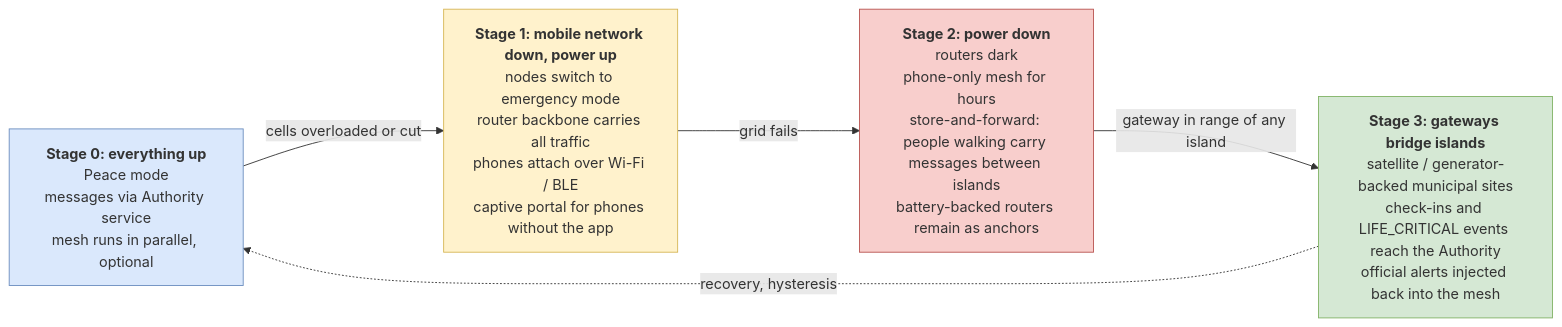
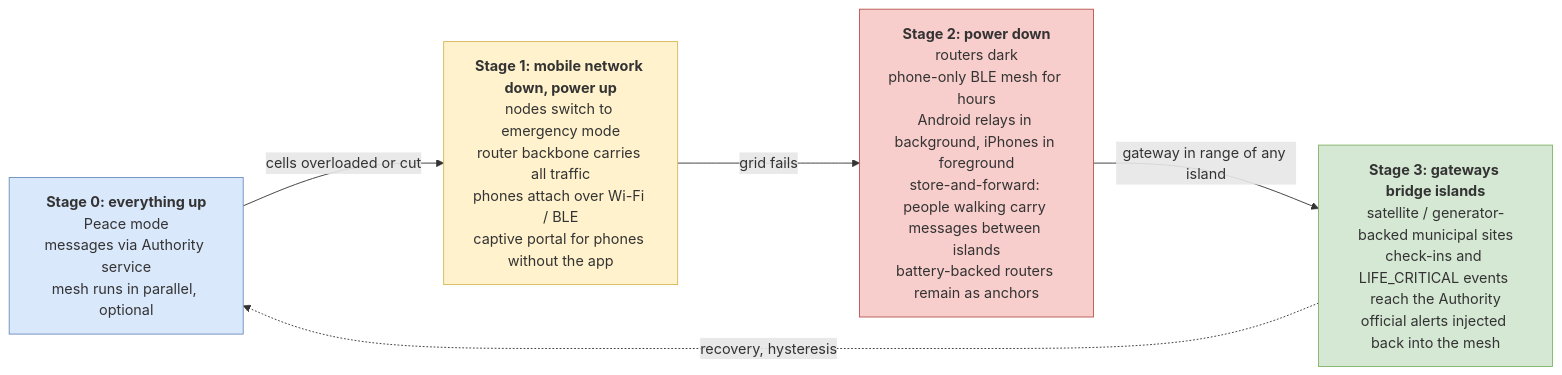
One commit to theapexlab/hackyeah2026 changed the diagram in docs/diagrams/04-degradation-ladder.mmd. Above: the diagram before and after it, drawn with Mermaid. The commit also changed 11 other files, not shown here.

First line of the commit message:
Update documentation and diagrams for clarity and accuracy

```diff
--- a/docs/diagrams/04-degradation-ladder.mmd
+++ b/docs/diagrams/04-degradation-ladder.mmd
@@ -1,13 +1,13 @@
 flowchart LR
   S0["<b>Stage 0: everything up</b><br/>Peace mode<br/>messages via Authority service<br/>mesh runs in parallel, optional"]
   S1["<b>Stage 1: mobile network down, power up</b><br/>nodes switch to emergency mode<br/>router backbone carries all traffic<br/>phones attach over Wi-Fi / BLE<br/>captive portal for phones without the app"]
-  S2["<b>Stage 2: power down</b><br/>routers dark<br/>phone-only mesh for hours<br/>store-and-forward: people walking carry messages between islands<br/>battery-backed routers remain as anchors"]
+  S2["<b>Stage 2: power down</b><br/>routers dark<br/>phone-only BLE mesh for hours<br/>Android relays in background, iPhones in foreground<br/>store-and-forward: people walking carry messages between islands<br/>battery-backed routers remain as anchors"]
   S3["<b>Stage 3: gateways bridge islands</b><br/>satellite / generator-backed municipal sites<br/>check-ins and LIFE_CRITICAL events reach the Authority<br/>official alerts injected back into the mesh"]
   S0 -->|cells overloaded or cut| S1
   S1 -->|grid fails| S2
   S2 -->|gateway in range of any island| S3
   S3 -.->|recovery, hysteresis| S0
   style S0 fill:#dae8fc,stroke:#6c8ebf
   style S1 fill:#fff2cc,stroke:#d6b656
   style S2 fill:#f8cecc,stroke:#b85450
   style S3 fill:#d5e8d4,stroke:#82b366
```
